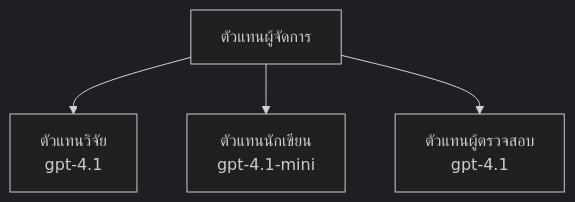
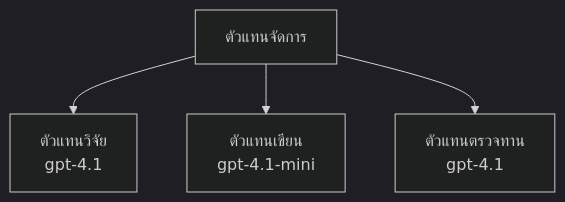
Before and after one commit to microsoft/AZD-for-beginners: the third of 3 diagrams in translations/th/docs/chapter-02-ai-development/agents.md, drawn with Mermaid (dark theme). The commit also changed other lines of this file and 104 other files, not shown here.

````diff
--- a/translations/th/docs/chapter-02-ai-development/agents.md
+++ b/translations/th/docs/chapter-02-ai-development/agents.md
@@ -194,6 +201,6 @@
 ```mermaid
 graph TD
-    Orchestrator[ตัวแทนผู้จัดการ] --> Research[ตัวแทนวิจัย<br/>gpt-4.1]
-    Orchestrator --> Writer[ตัวแทนนักเขียน<br/>gpt-4.1-mini]
-    Orchestrator --> Reviewer[ตัวแทนผู้ตรวจสอบ<br/>gpt-4.1]
+    Orchestrator[ตัวแทนจัดการ] --> Research[ตัวแทนวิจัย<br/>gpt-4.1]
+    Orchestrator --> Writer[ตัวแทนเขียน<br/>gpt-4.1-mini]
+    Orchestrator --> Reviewer[ตัวแทนตรวจทาน<br/>gpt-4.1]
 ```
````
